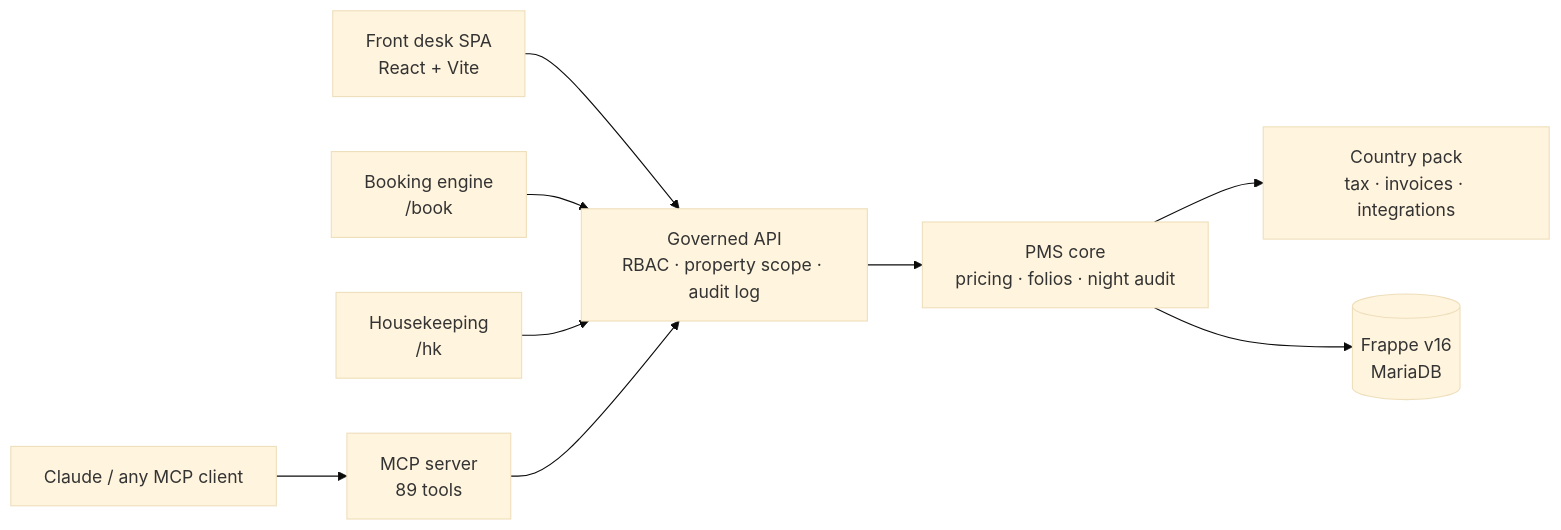
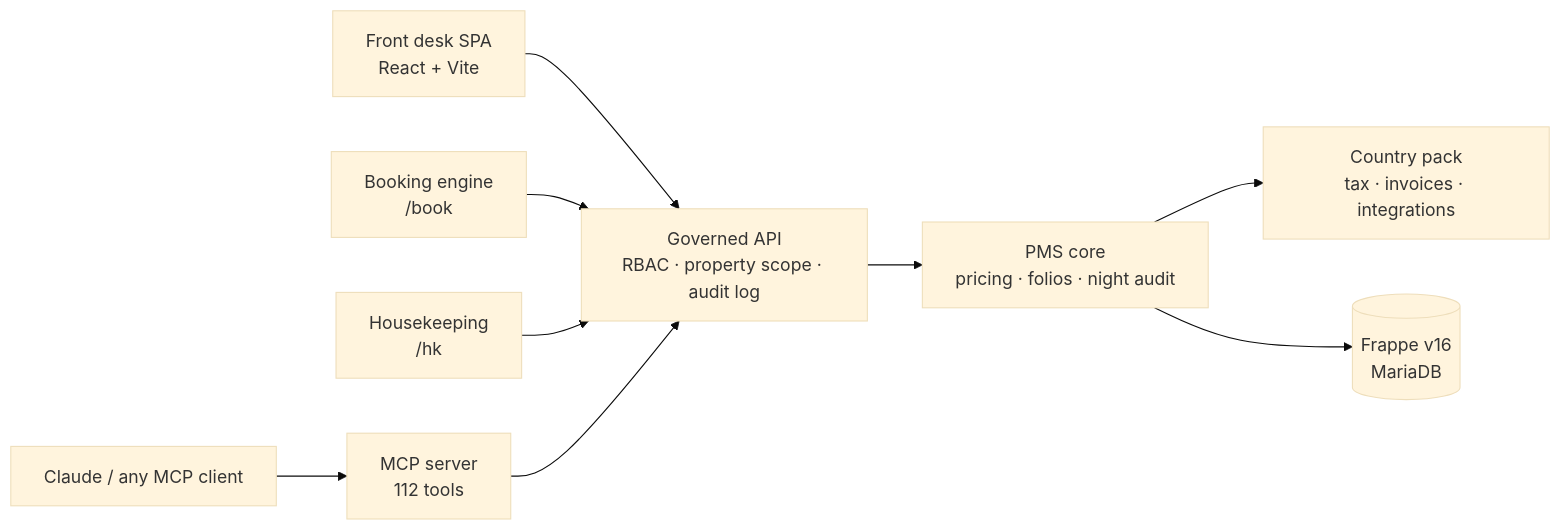
The diagram in README.md (Kamra-PMS/kamra-pms), drawn with Mermaid (base theme) before and after one commit. The commit also changed other lines of this file and 5 other files, not shown here.

````diff
--- a/README.md
+++ b/README.md
@@ -224,10 +224,10 @@
 ```mermaid
 flowchart LR
   desk["Front desk SPA<br/>React + Vite"] --> api
   book["Booking engine<br/>/book"] --> api
   hk["Housekeeping<br/>/hk"] --> api
-  agent["Claude / any MCP client"] --> mcp["MCP server<br/>89 tools"] --> api
+  agent["Claude / any MCP client"] --> mcp["MCP server<br/>112 tools"] --> api
   api["Governed API<br/>RBAC · property scope · audit log"] --> core["PMS core<br/>pricing · folios · night audit"]
   core --> pack["Country pack<br/>tax · invoices · integrations"]
   core --> db[("Frappe v16<br/>MariaDB")]
 ```
````
